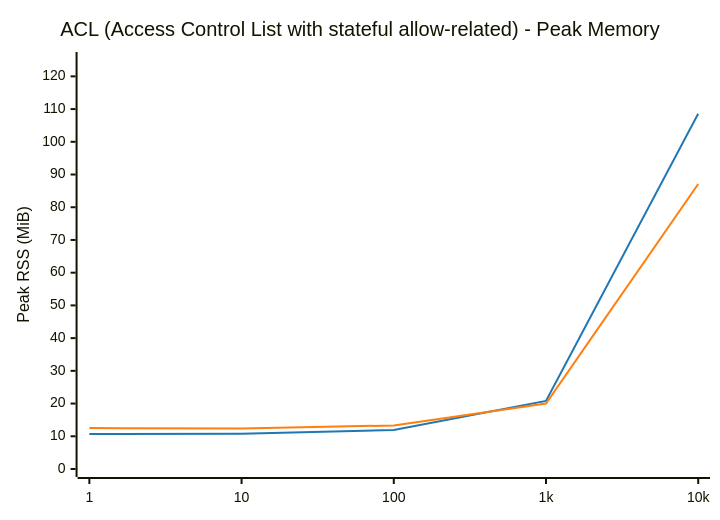
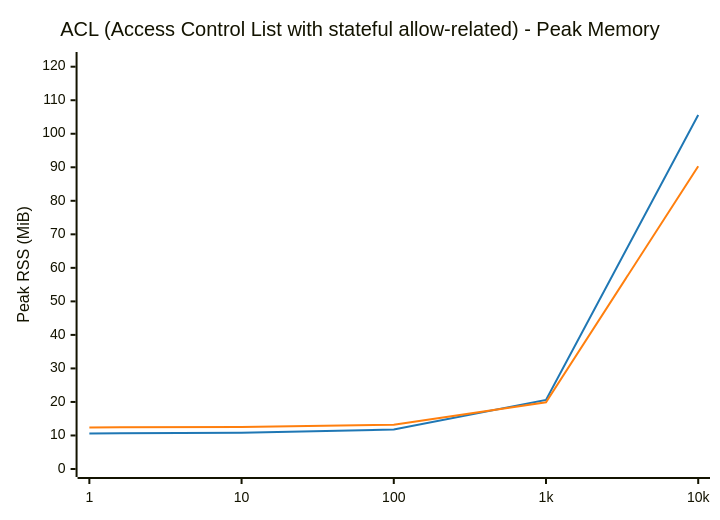
One commit to LionelJouin/ovs-ovn-bench changed the fourth of 14 diagrams in results/BENCHMARK_REPORT.md. Above: the diagram before and after it, drawn with Mermaid. The commit also changed other lines of this file and 4 other files, not shown here.

````diff
--- a/results/BENCHMARK_REPORT.md
+++ b/results/BENCHMARK_REPORT.md
@@ -193,14 +199,14 @@
 ```mermaid
 ---
 config:
     themeVariables:
         xyChart:
             plotColorPalette: "#1f77b4, #ff7f0e"
 ---
 xychart-beta
     title "ACL (Access Control List with stateful allow-related) - Peak Memory"
     x-axis ["1", "10", "100", "1k", "10k"]
-    y-axis "Peak RSS (MiB)" 0 --> 125
-    line "glibc malloc" [10.7, 10.8, 11.9, 20.8, 108.6]
-    line "jemalloc" [12.5, 12.4, 13.3, 20.0, 87.1]
+    y-axis "Peak RSS (MiB)" 0 --> 122
+    line "glibc malloc" [10.6, 10.8, 11.8, 20.6, 105.6]
+    line "jemalloc" [12.4, 12.5, 13.2, 19.9, 90.3]
 ```
````
